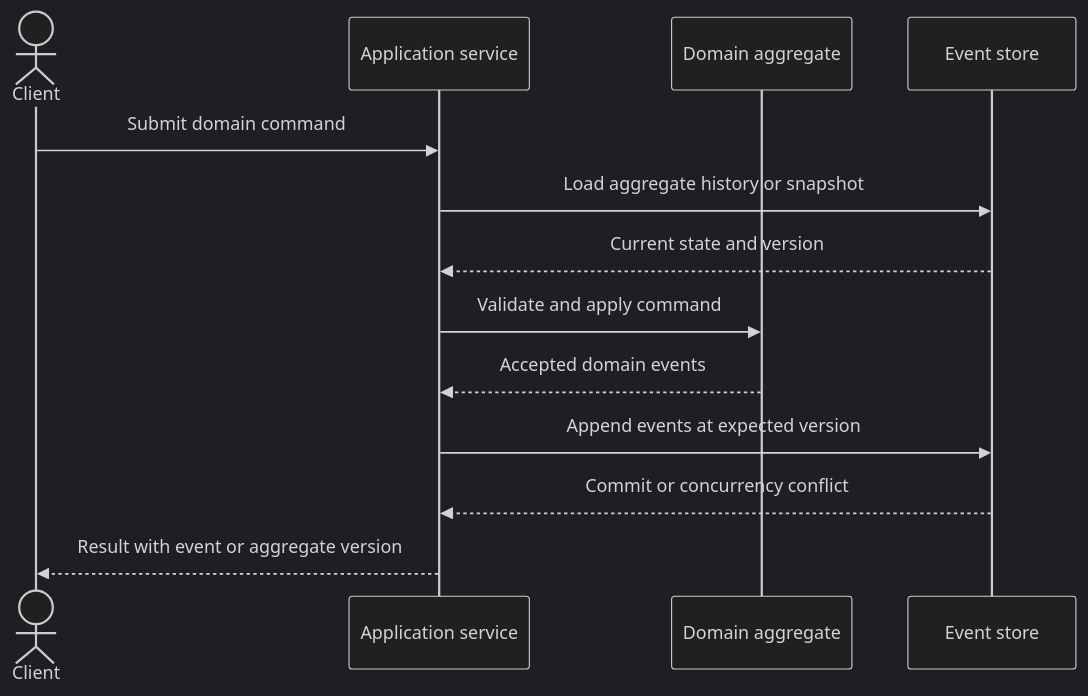
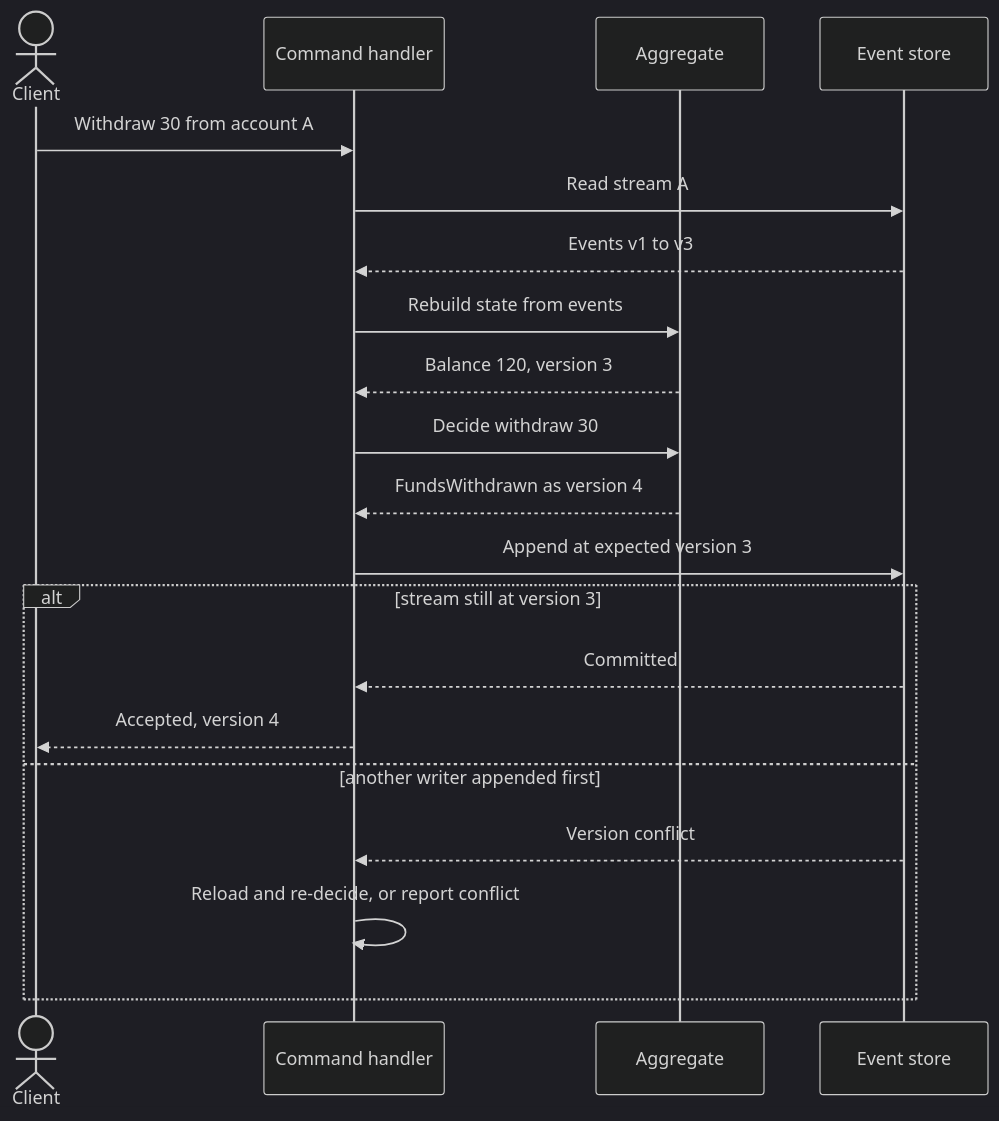
Before and after one commit to joydasss/Architect: the third of 16 diagrams in 20_Architecture_Patterns/CH11_Event_Sourcing.md, drawn with Mermaid (dark theme). The commit also changed other lines of this file and 295 other files, not shown here.

````diff
--- a/20_Architecture_Patterns/CH11_Event_Sourcing.md
+++ b/20_Architecture_Patterns/CH11_Event_Sourcing.md
@@ -29,15 +140,22 @@
 ```mermaid
 sequenceDiagram
     actor Client
-    participant App as Application service
-    participant Aggregate as Domain aggregate
+    participant App as Command handler
+    participant Agg as Aggregate
     participant Store as Event store
-    Client->>App: Submit domain command
-    App->>Store: Load aggregate history or snapshot
-    Store-->>App: Current state and version
-    App->>Aggregate: Validate and apply command
-    Aggregate-->>App: Accepted domain events
-    App->>Store: Append events at expected version
-    Store-->>App: Commit or concurrency conflict
-    App-->>Client: Result with event or aggregate version
+    Client->>App: Withdraw 30 from account A
+    App->>Store: Read stream A
+    Store-->>App: Events v1 to v3
+    App->>Agg: Rebuild state from events
+    Agg-->>App: Balance 120, version 3
+    App->>Agg: Decide withdraw 30
+    Agg-->>App: FundsWithdrawn as version 4
+    App->>Store: Append at expected version 3
+    alt stream still at version 3
+        Store-->>App: Committed
+        App-->>Client: Accepted, version 4
+    else another writer appended first
+        Store-->>App: Version conflict
+        App->>App: Reload and re-decide, or report conflict
+    end
 ```
````
